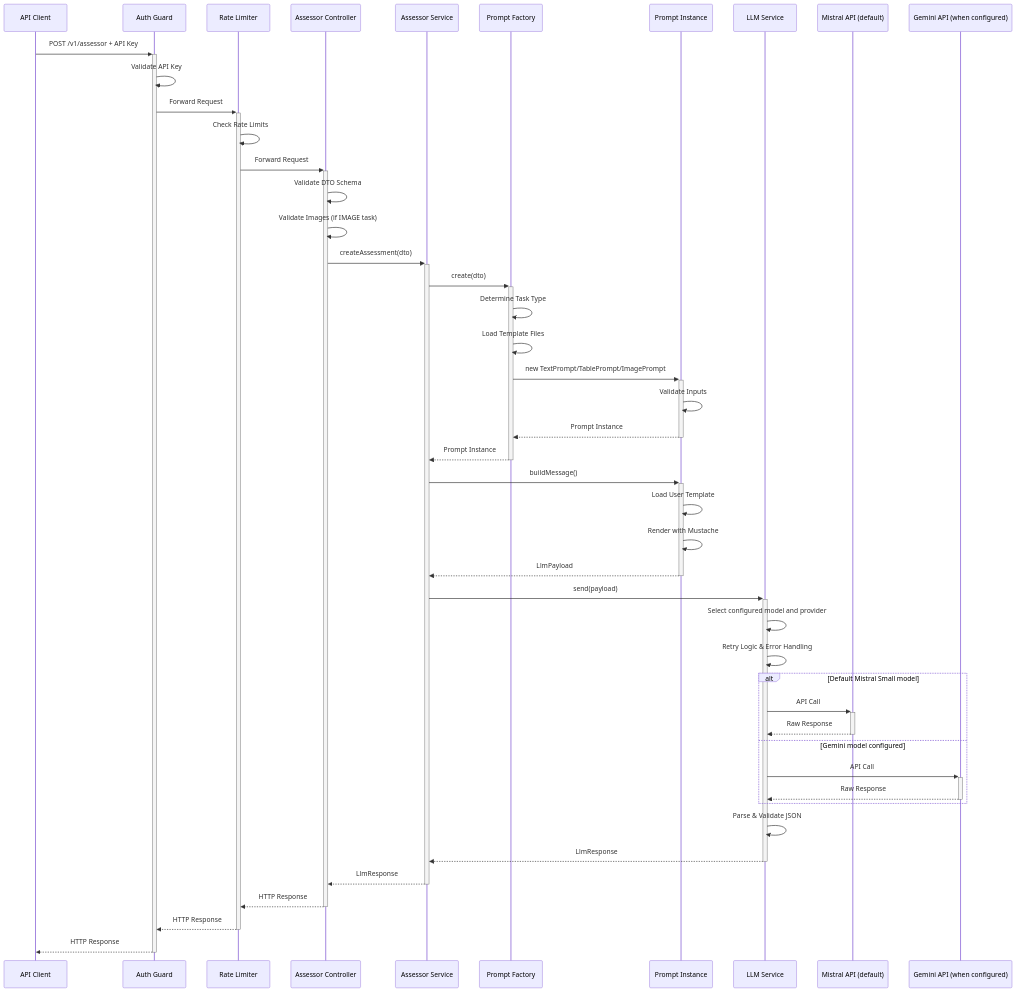
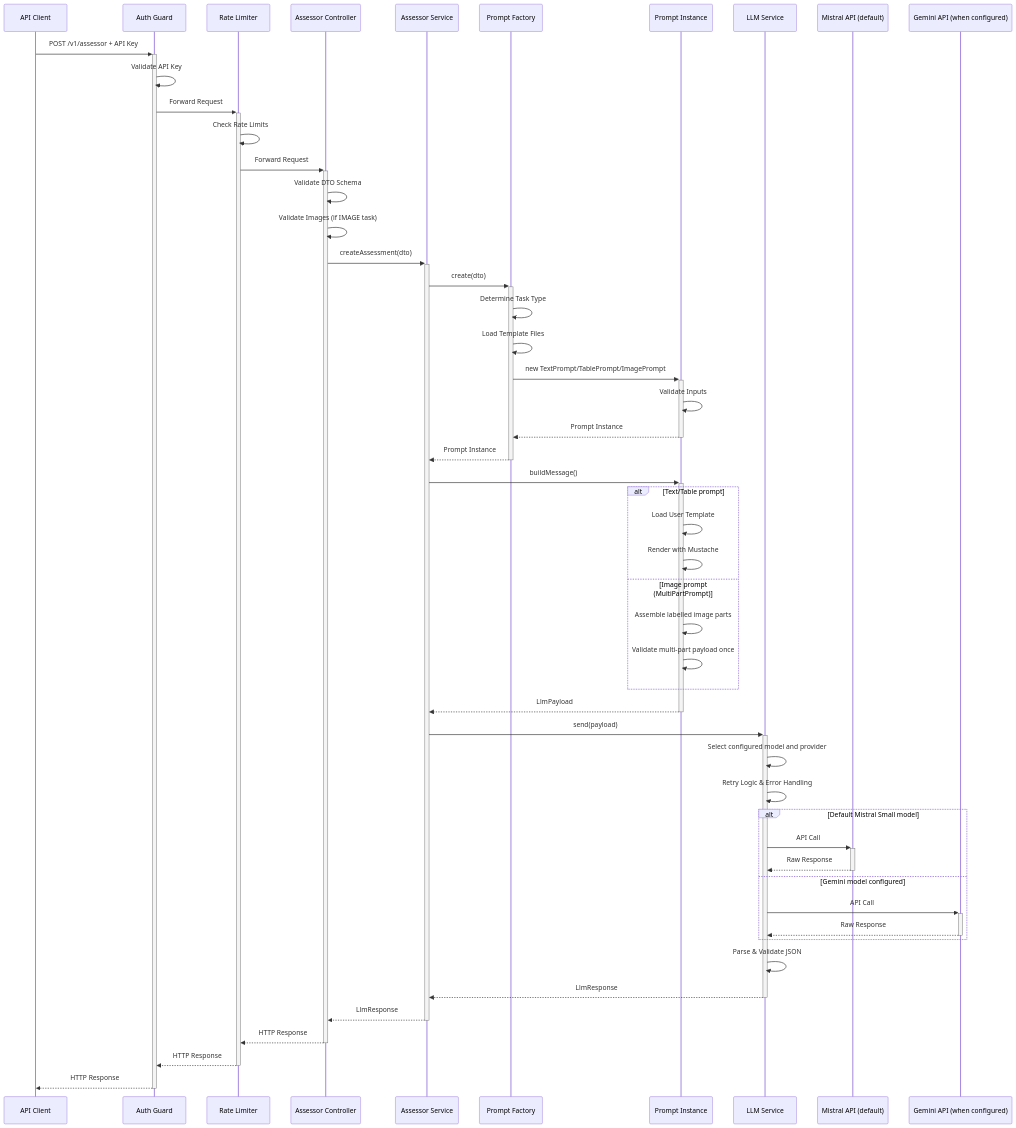
Before and after one commit to h-arnold/AssessmentBot-LLM-Service: the first of 2 diagrams in docs/architecture/data-flow.md, drawn with Mermaid. The commit also changed other lines of this file and 73 other files, not shown here.

First line of the commit message:
Migrate image prompts to labelled multi-part messages (#179)

````diff
--- a/docs/architecture/data-flow.md
+++ b/docs/architecture/data-flow.md
@@ -5,49 +5,54 @@
 ```mermaid
 sequenceDiagram
     participant Client as API Client
     participant Guard as Auth Guard
     participant Throttle as Rate Limiter
     participant Controller as Assessor Controller
     participant Service as Assessor Service
     participant Factory as Prompt Factory
     participant Prompt as Prompt Instance
     participant LLM as LLM Service
     participant Mistral as Mistral API (default)
     participant Gemini as Gemini API (when configured)
 
     Client->>+Guard: POST /v1/assessor + API Key
     Guard->>Guard: Validate API Key
     Guard->>+Throttle: Forward Request
     Throttle->>Throttle: Check Rate Limits
     Throttle->>+Controller: Forward Request
     Controller->>Controller: Validate DTO Schema
     Controller->>Controller: Validate Images (if IMAGE task)
     Controller->>+Service: createAssessment(dto)
     Service->>+Factory: create(dto)
     Factory->>Factory: Determine Task Type
     Factory->>Factory: Load Template Files
     Factory->>+Prompt: new TextPrompt/TablePrompt/ImagePrompt
     Prompt->>Prompt: Validate Inputs
     Prompt-->>-Factory: Prompt Instance
     Factory-->>-Service: Prompt Instance
     Service->>+Prompt: buildMessage()
-    Prompt->>Prompt: Load User Template
-    Prompt->>Prompt: Render with Mustache
+    alt Text/Table prompt
+        Prompt->>Prompt: Load User Template
+        Prompt->>Prompt: Render with Mustache
+    else Image prompt (MultiPartPrompt)
+        Prompt->>Prompt: Assemble labelled image parts
+        Prompt->>Prompt: Validate multi-part payload once
+    end
     Prompt-->>-Service: LlmPayload
     Service->>+LLM: send(payload)
     LLM->>LLM: Select configured model and provider
     LLM->>LLM: Retry Logic & Error Handling
     alt Default Mistral Small model
         LLM->>+Mistral: API Call
         Mistral-->>-LLM: Raw Response
     else Gemini model configured
         LLM->>+Gemini: API Call
         Gemini-->>-LLM: Raw Response
     end
     LLM->>LLM: Parse & Validate JSON
     LLM-->>-Service: LlmResponse
     Service-->>-Controller: LlmResponse
     Controller-->>-Throttle: HTTP Response
     Throttle-->>-Guard: HTTP Response
     Guard-->>-Client: HTTP Response
 ```
````
